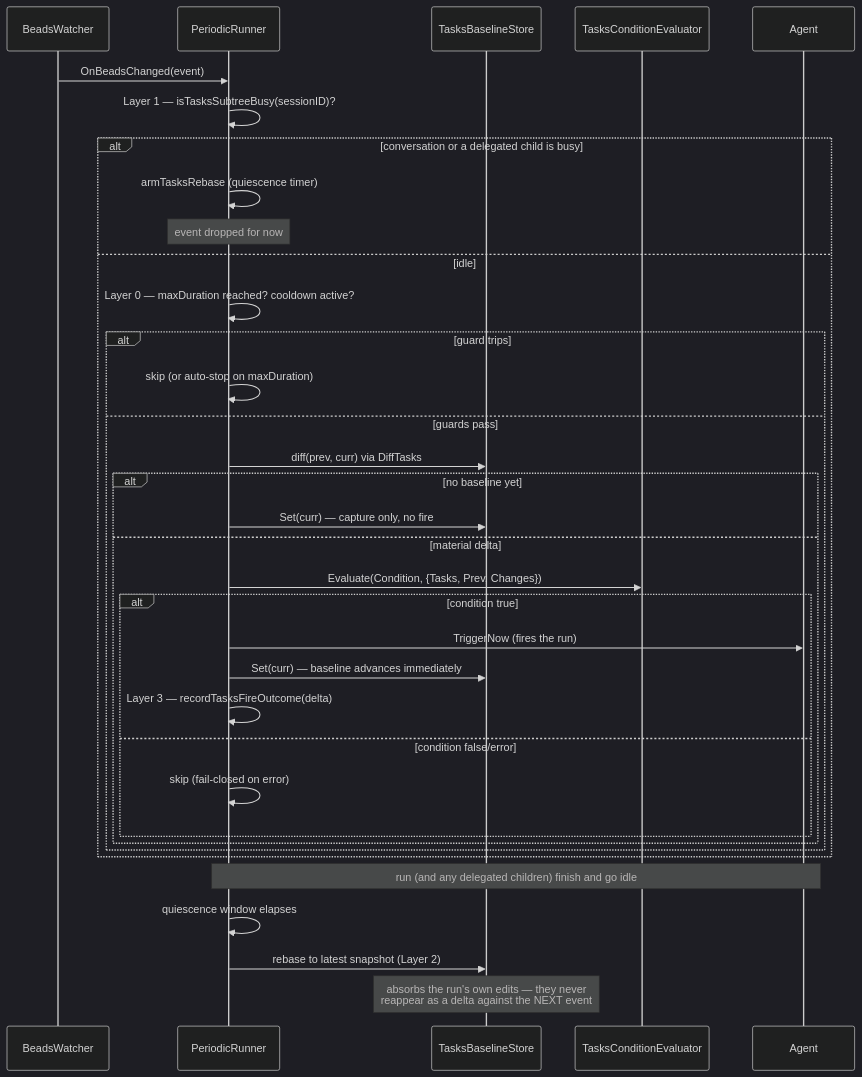
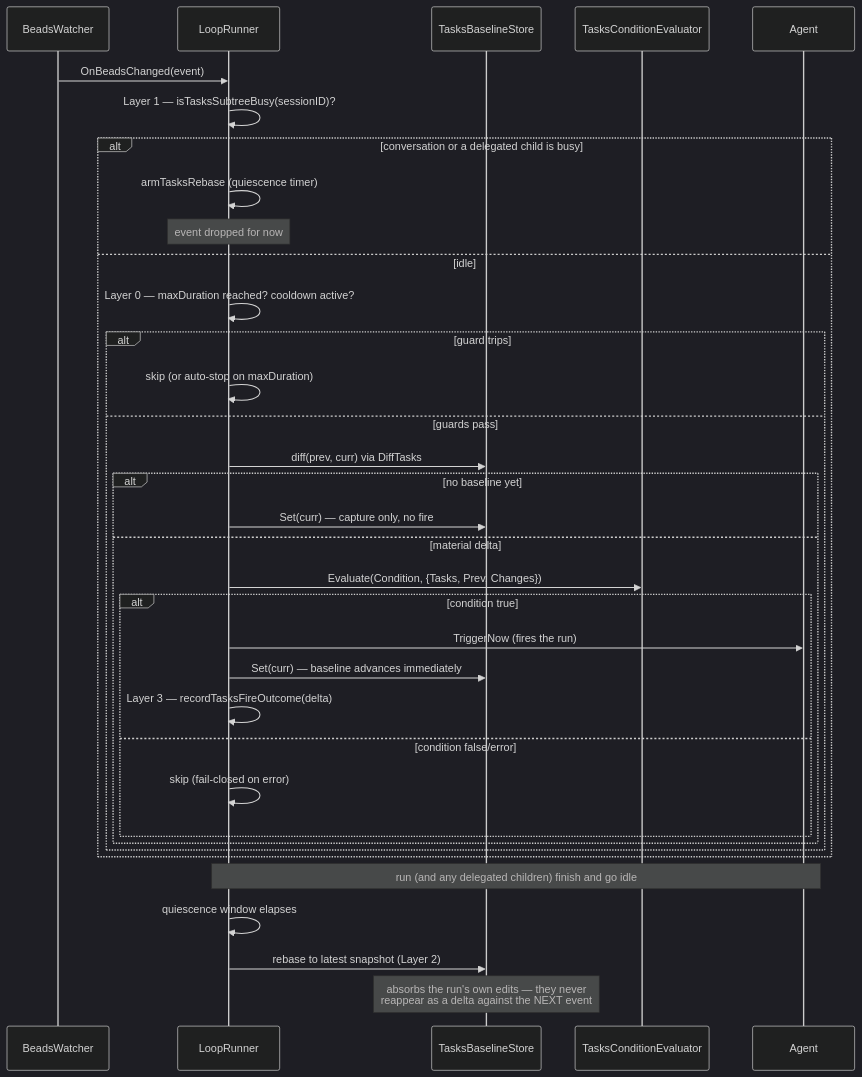
Before and after one commit to inercia/mitto: the third of 5 diagrams in docs/devel/message-queue.md, drawn with Mermaid (dark theme). The commit also changed other lines of this file and 354 other files, not shown here.

````diff
--- a/docs/devel/message-queue.md
+++ b/docs/devel/message-queue.md
@@ -234,39 +234,39 @@
 ```mermaid
 sequenceDiagram
     participant Watcher as BeadsWatcher
-    participant PR as PeriodicRunner
+    participant PR as LoopRunner
     participant Baseline as TasksBaselineStore
     participant CEL as TasksConditionEvaluator
     participant Agent
 
     Watcher->>PR: OnBeadsChanged(event)
     PR->>PR: Layer 1 — isTasksSubtreeBusy(sessionID)?
     alt conversation or a delegated child is busy
         PR->>PR: armTasksRebase (quiescence timer)
         Note over PR: event dropped for now
     else idle
         PR->>PR: Layer 0 — maxDuration reached? cooldown active?
         alt guard trips
             PR->>PR: skip (or auto-stop on maxDuration)
         else guards pass
             PR->>Baseline: diff(prev, curr) via DiffTasks
             alt no baseline yet
                 PR->>Baseline: Set(curr) — capture only, no fire
             else material delta
                 PR->>CEL: Evaluate(Condition, {Tasks, Prev, Changes})
                 alt condition true
                     PR->>Agent: TriggerNow (fires the run)
                     PR->>Baseline: Set(curr) — baseline advances immediately
                     PR->>PR: Layer 3 — recordTasksFireOutcome(delta)
                 else condition false/error
                     PR->>PR: skip (fail-closed on error)
                 end
             end
         end
     end
 
     Note over PR,Agent: run (and any delegated children) finish and go idle
     PR->>PR: quiescence window elapses
     PR->>Baseline: rebase to latest snapshot (Layer 2)
     Note over Baseline: absorbs the run's own edits — they never<br/>reappear as a delta against the NEXT event
 ```
````
